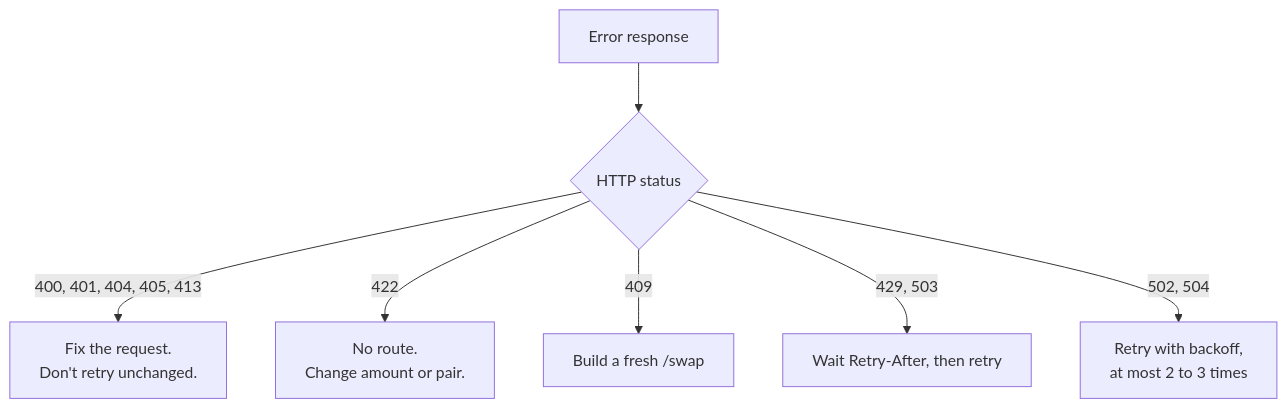
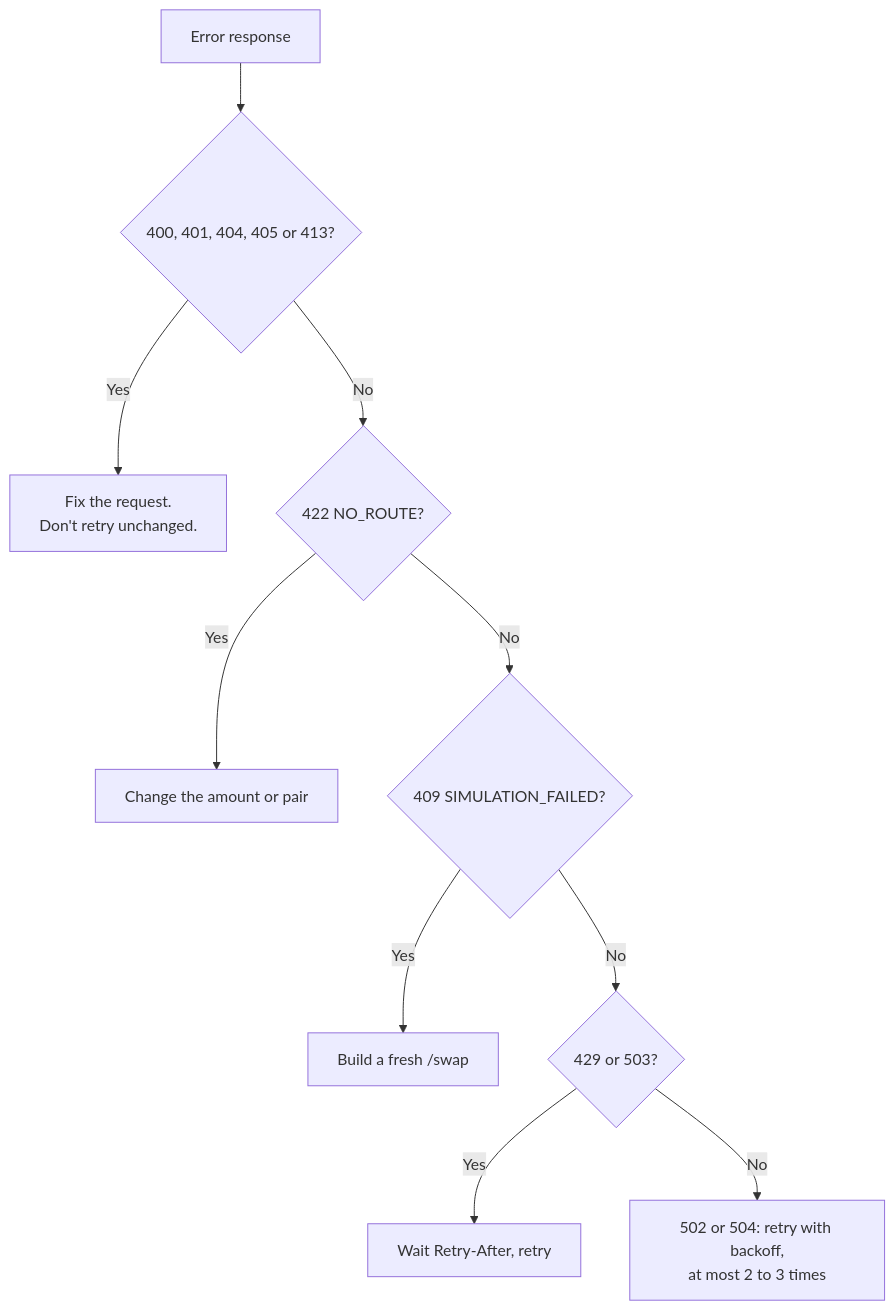
One commit to Asif2902/achswap-docs changed the diagram in docs/developers/errors-and-limits.md. Above: the diagram before and after it, drawn with Mermaid. The commit also changed other lines of this file and 38 other files, not shown here.

````diff
--- a/docs/developers/errors-and-limits.md
+++ b/docs/developers/errors-and-limits.md
@@ -64,9 +64,12 @@
 ```mermaid
 flowchart TD
-  E[Error response] --> S{HTTP status}
-  S -->|400, 401, 404, 405, 413| F[Fix the request.<br/>Don't retry unchanged.]
-  S -->|422| N[No route.<br/>Change amount or pair.]
-  S -->|409| Q[Build a fresh /swap]
-  S -->|429, 503| W[Wait Retry-After, then retry]
-  S -->|502, 504| B[Retry with backoff,<br/>at most 2 to 3 times]
+  E["Error response"] --> A{"400, 401, 404, 405 or 413?"}
+  A -->|"Yes"| A2["Fix the request.<br/>Don't retry unchanged."]
+  A -->|"No"| B{"422 NO_ROUTE?"}
+  B -->|"Yes"| B2["Change the amount or pair"]
+  B -->|"No"| C{"409 SIMULATION_FAILED?"}
+  C -->|"Yes"| C2["Build a fresh /swap"]
+  C -->|"No"| D{"429 or 503?"}
+  D -->|"Yes"| D2["Wait Retry-After, retry"]
+  D -->|"No"| F2["502 or 504: retry with backoff,<br/>at most 2 to 3 times"]
 ```
````
